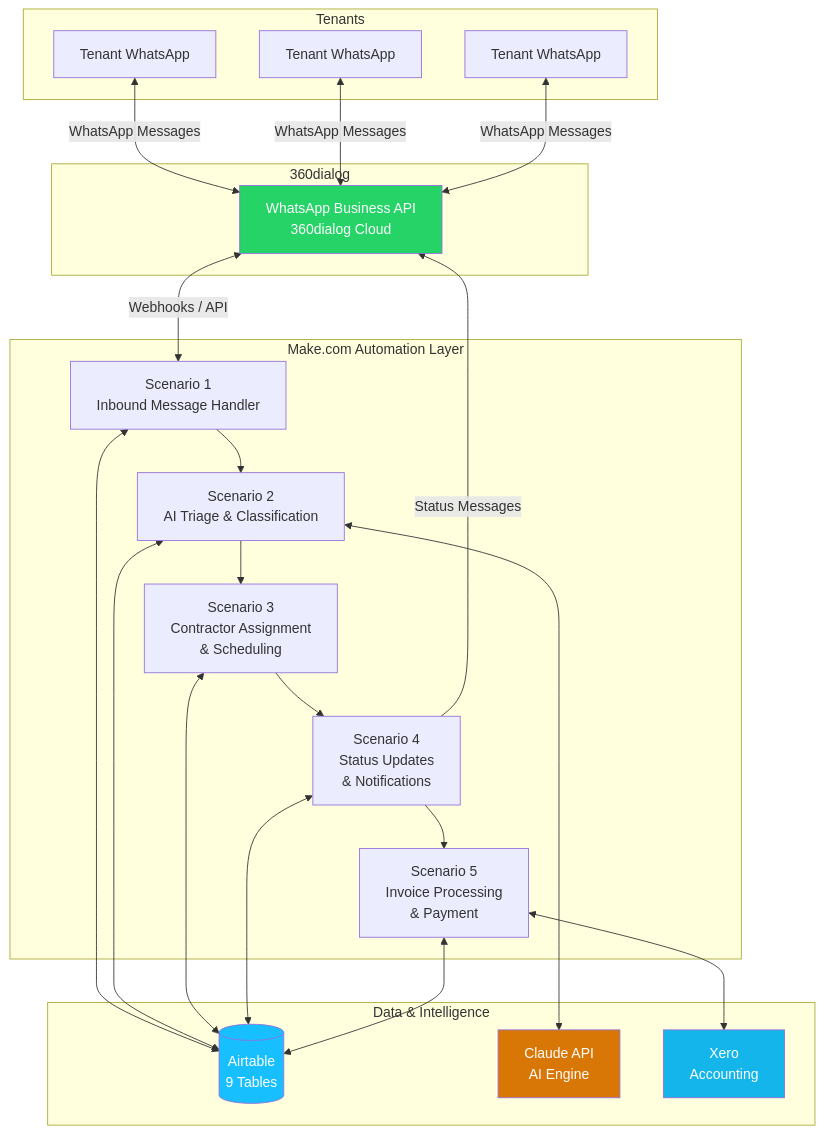
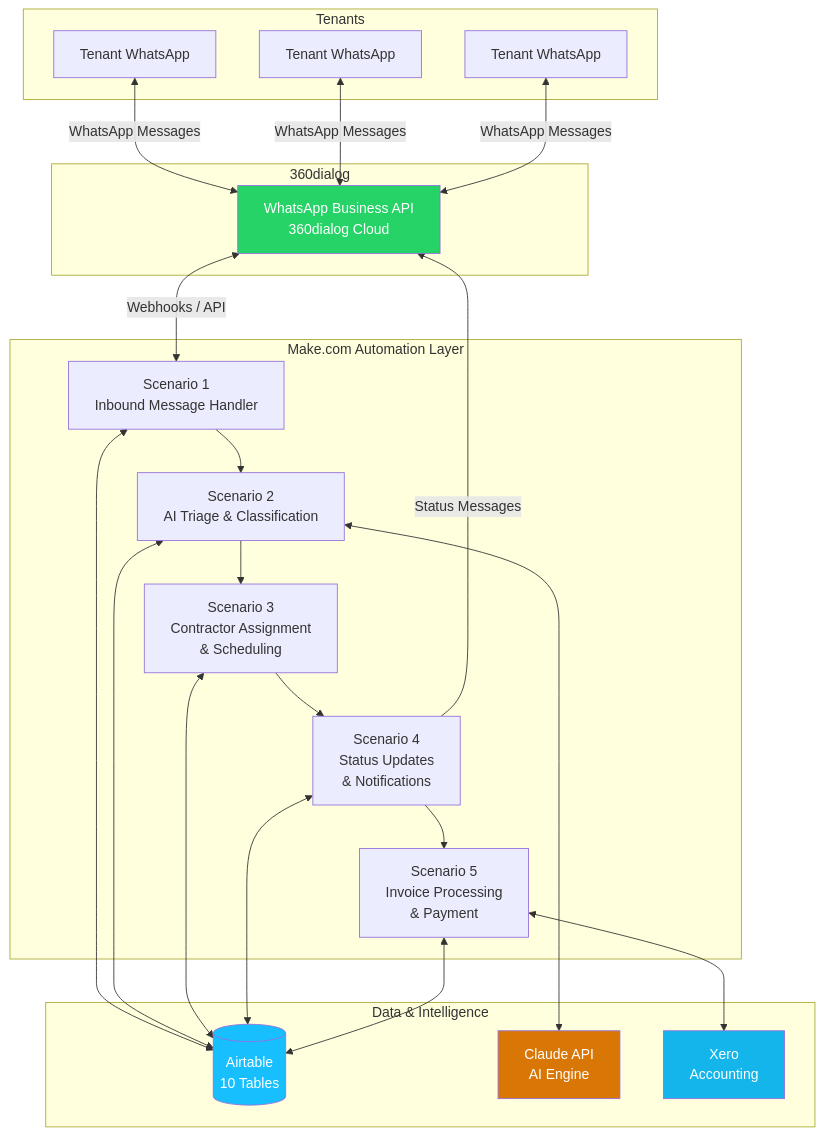
One commit to Jangus89/SafeFlow changed the first of 2 diagrams in README.md. Above: the diagram before and after it, drawn with Mermaid. The commit also changed other lines of this file and 7 other files, not shown here.

````diff
--- a/README.md
+++ b/README.md
@@ -23,42 +23,42 @@
 ```mermaid
 flowchart TB
     subgraph Tenants
         T1[Tenant WhatsApp]
         T2[Tenant WhatsApp]
         T3[Tenant WhatsApp]
     end
 
     subgraph "360dialog"
         WA[WhatsApp Business API<br/>360dialog Cloud]
     end
 
     subgraph "Make.com Automation Layer"
         S1[Scenario 1<br/>Inbound Message Handler]
         S2[Scenario 2<br/>AI Triage & Classification]
         S3[Scenario 3<br/>Contractor Assignment<br/>& Scheduling]
         S4[Scenario 4<br/>Status Updates<br/>& Notifications]
         S5[Scenario 5<br/>Invoice Processing<br/>& Payment]
     end
 
     subgraph "Data & Intelligence"
-        AT[(Airtable<br/>9 Tables)]
+        AT[(Airtable<br/>10 Tables)]
         CL[Claude API<br/>AI Engine]
         XR[Xero<br/>Accounting]
     end
 
     T1 & T2 & T3 <-->|WhatsApp Messages| WA
     WA <-->|Webhooks / API| S1
     S1 --> S2
     S2 --> S3
     S3 --> S4
     S4 --> S5
     S1 & S2 & S3 & S4 & S5 <--> AT
     S2 <--> CL
     S5 <--> XR
     S4 -->|Status Messages| WA
 
     style WA fill:#25D366,color:#fff
     style AT fill:#18BFFF,color:#fff
     style CL fill:#D97706,color:#fff
     style XR fill:#13B5EA,color:#fff
 ```
````
